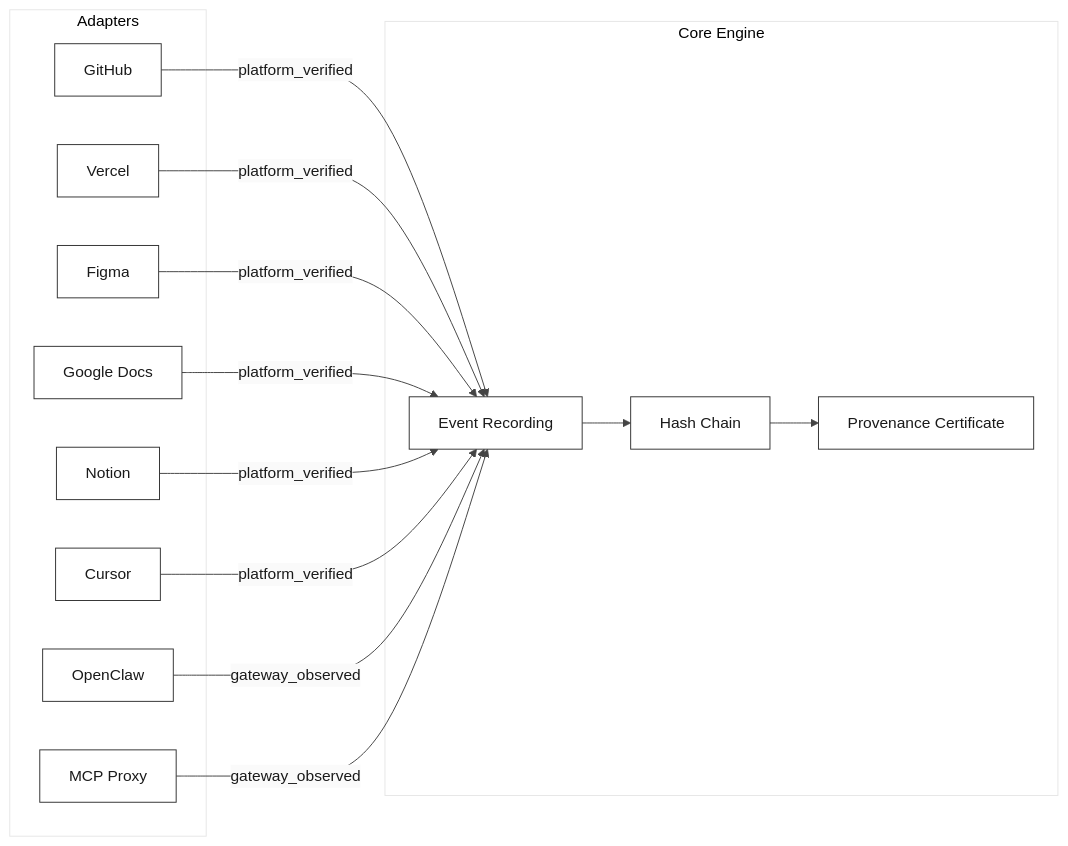
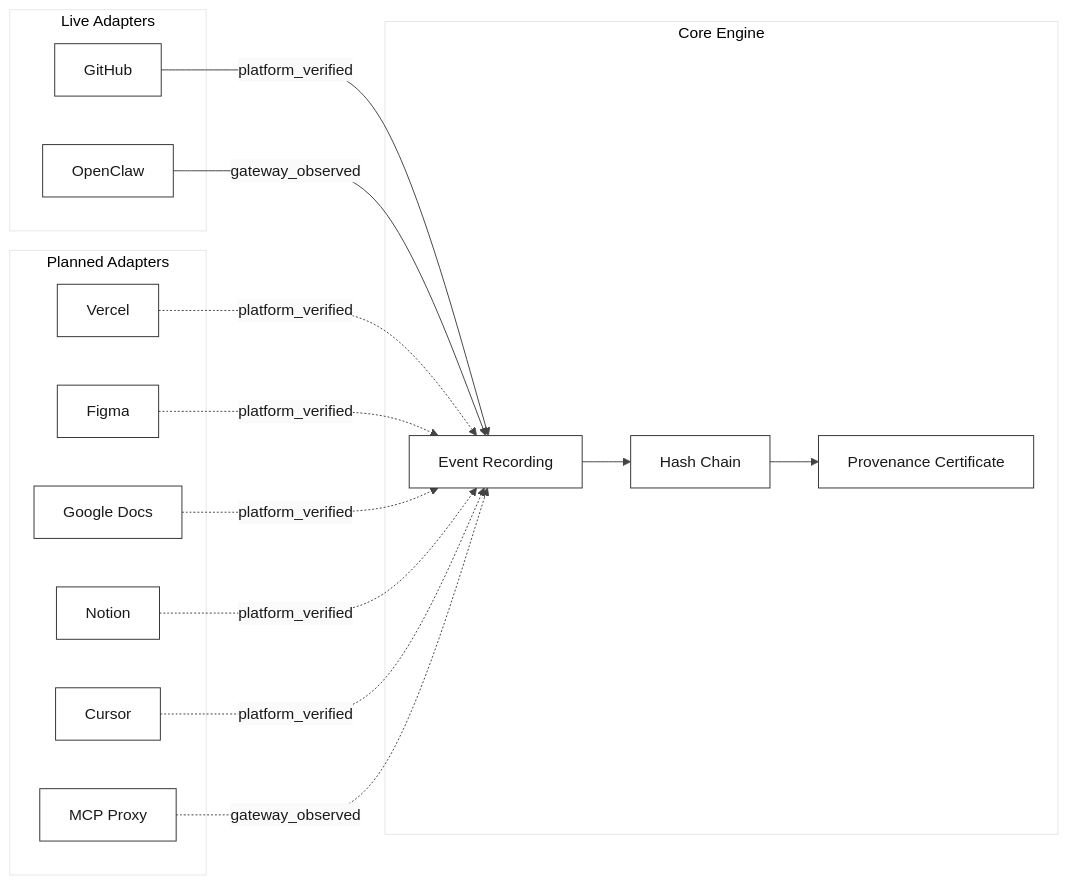
Before and after one commit to Open-Execution/openexecution-provenance-spec: the second of 2 diagrams in README.md, drawn with Mermaid. The commit also changed other lines of this file, not shown here.

Commit message:
Correct adapter status: GitHub and OpenClaw live, others planned

````diff
--- a/README.md
+++ b/README.md
@@ -241,20 +241,24 @@
 ```mermaid
 %%{init: {'theme': 'base', 'themeVariables': {'fontFamily': 'serif', 'primaryColor': '#fff', 'primaryBorderColor': '#333', 'primaryTextColor': '#1a1a1a', 'lineColor': '#444', 'secondaryColor': '#fafafa'}}}%%
 graph LR
-    subgraph Adapters
+    subgraph Live["Live Adapters"]
         GH[GitHub]
+        OC[OpenClaw]
+    end
+    subgraph Planned["Planned Adapters"]
         VC[Vercel]
         FG[Figma]
         GD[Google Docs]
         NT[Notion]
         CR[Cursor]
-        OC[OpenClaw]
         MC[MCP Proxy]
     end
     subgraph Core["Core Engine"]
         EV[Event Recording] --> HC[Hash Chain]
         HC --> PC[Provenance Certificate]
     end
-    GH & VC & FG & GD & NT & CR -->|platform_verified| EV
-    OC & MC -->|gateway_observed| EV
+    GH -->|platform_verified| EV
+    OC -->|gateway_observed| EV
+    VC & FG & GD & NT & CR -.->|platform_verified| EV
+    MC -.->|gateway_observed| EV
 ```
````
